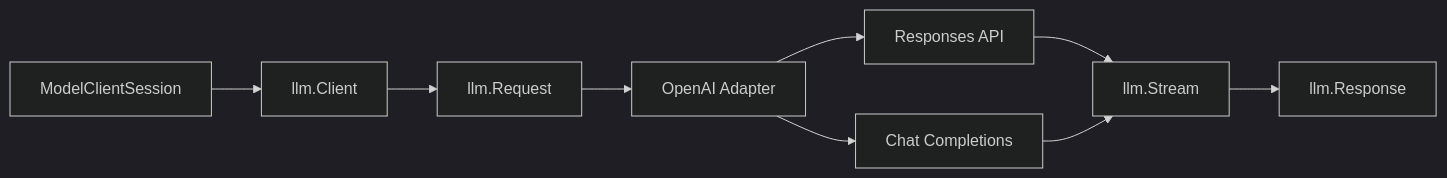
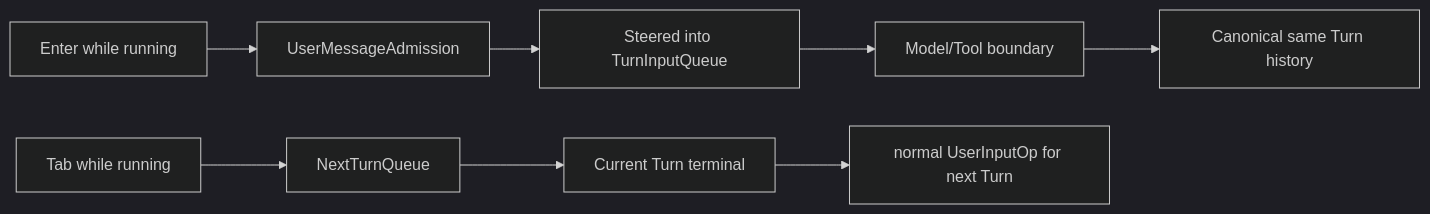
Diagram 12 of 43 in docs/architecture-whitepaper.md (Godric-W/Amadeus), drawn with Mermaid (dark theme) before and after one commit. The commit also changed other lines of this file and 1 other file, not shown here.

````diff
--- a/docs/architecture-whitepaper.md
+++ b/docs/architecture-whitepaper.md
@@ -708,20 +576,11 @@
 ```mermaid
 flowchart LR
-    Engine[ModelClientSession]
-    Port[llm.Client]
-    Request[llm.Request]
-    Adapter[OpenAI Adapter]
-    Responses[Responses API]
-    Chat[Chat Completions]
-    Stream[llm.Stream]
-    Response[llm.Response]
+    Enter[Enter while running] --> Admission[UserMessageAdmission]
+    Admission --> Steered[Steered into TurnInputQueue]
+    Steered --> Boundary[Model/Tool boundary]
+    Boundary --> History[Canonical same Turn history]
 
-    Engine --> Port
-    Port --> Request
-    Request --> Adapter
-    Adapter --> Responses
-    Adapter --> Chat
-    Responses --> Stream
-    Chat --> Stream
-    Stream --> Response
+    Tab[Tab while running] --> TUIQueue[NextTurnQueue]
+    TUIQueue --> Terminal[Current Turn terminal]
+    Terminal --> NewInput[normal UserInputOp for next Turn]
 ```
````
